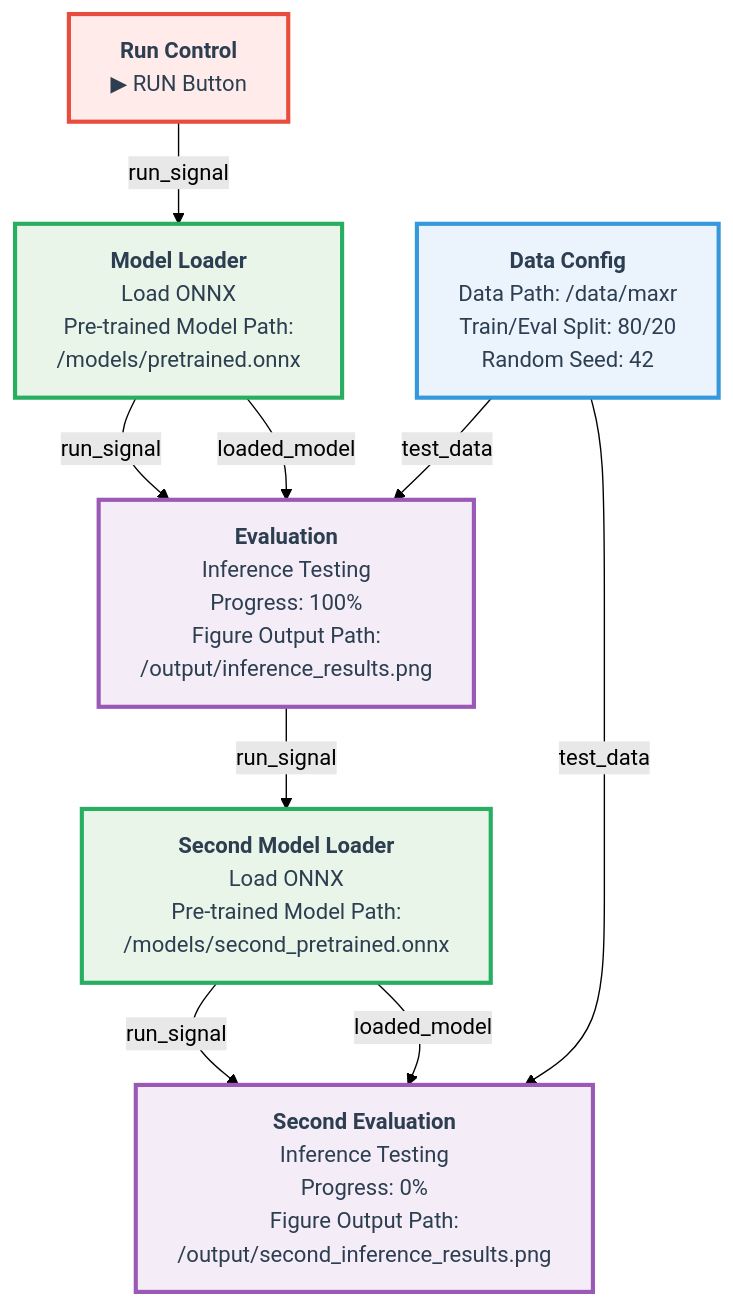
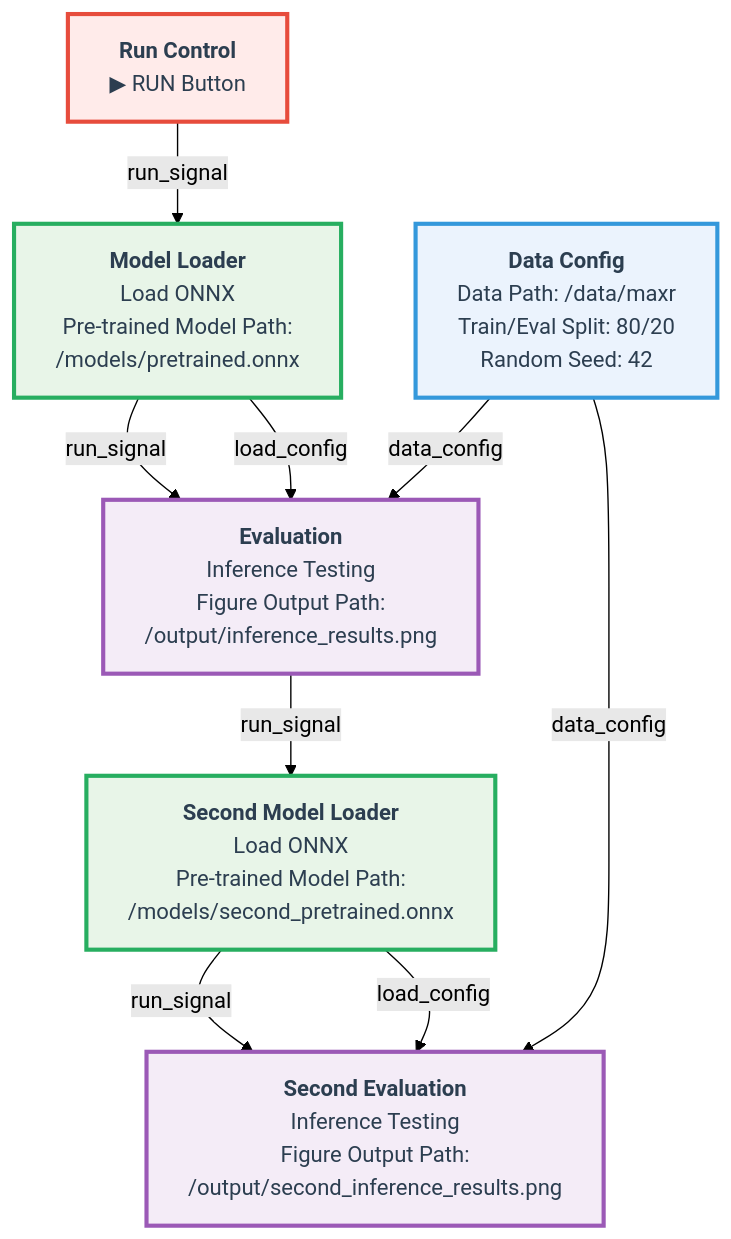
Before and after one commit to FilmakademieRnd/AnimHost: the diagram in doc/multi_eval_pipeline.md, drawn with Mermaid (forest theme). The commit also changed 4 other files, not shown here.

Commit message:
graph edits, integration graph

````diff
--- a/doc/multi_eval_pipeline.md
+++ b/doc/multi_eval_pipeline.md
@@ -3,35 +3,35 @@
 ```mermaid
 graph TD
     %% Evaluation Pipeline Nodes
     A2["<b>Run Control</b><br/>▶ RUN Button"]
     B2["<b>Data Config</b><br/>Data Path: /data/maxr<br/>Train/Eval Split: 80/20<br/>Random Seed: 42"]
     G["<b>Model Loader</b><br/>Load ONNX<br/>Pre-trained Model Path:<br/>/models/pretrained.onnx"]
-    H["<b>Evaluation</b><br/>Inference Testing<br/>Progress: 100%<br/>Figure Output Path:<br/>/output/inference_results.png"]
+    H["<b>Evaluation</b><br/>Inference Testing<br/>Figure Output Path:<br/>/output/inference_results.png"]
     
     %% Second Evaluation Pipeline Nodes
     I["<b>Second Model Loader</b><br/>Load ONNX<br/>Pre-trained Model Path:<br/>/models/second_pretrained.onnx"]
-    J["<b>Second Evaluation</b><br/>Inference Testing<br/>Progress: 0%<br/>Figure Output Path:<br/>/output/second_inference_results.png"]
+    J["<b>Second Evaluation</b><br/>Inference Testing<br/>Figure Output Path:<br/>/output/second_inference_results.png"]
     
     %% Evaluation Pipeline Connections
     A2 -->|run_signal| G
     G -->|run_signal| H
-    G -->|loaded_model| H
-    B2 -->|test_data| H
+    G -->|load_config| H
+    B2 -->|data_config| H
     
     %% Second Evaluation Pipeline Connections
     H -->|run_signal| I
     I -->|run_signal| J
-    I -->|loaded_model| J
-    B2 -->|test_data| J
+    I -->|load_config| J
+    B2 -->|data_config| J
     
     %% Node Styling
     classDef runNode fill:#ffebea,stroke:#e74c3c,stroke-width:3px,color:#2c3e50
     classDef dataNode fill:#ebf3fd,stroke:#3498db,stroke-width:3px,color:#2c3e50
     classDef evalNode fill:#f4ecf7,stroke:#9b59b6,stroke-width:3px,color:#2c3e50
     classDef loaderNode fill:#e8f5e8,stroke:#27ae60,stroke-width:3px,color:#2c3e50
     
     class A2 runNode
     class B2 dataNode
     class H,J evalNode
     class G,I loaderNode
 ```
````
